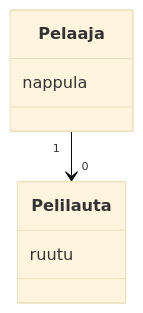
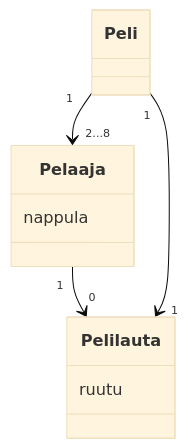
The diagram in laskarit/viikko3/monopoli1.md (Aaltonenn/ot-harjoitustyo), drawn with Mermaid (base theme) before and after one commit.

````diff
--- a/laskarit/viikko3/monopoli1.md
+++ b/laskarit/viikko3/monopoli1.md
@@ -3,10 +3,15 @@
 ```mermaid
  classDiagram
       Pelaaja "1" --> "0" Pelilauta
+      Peli "1" --> "2...8" Pelaaja
+      Peli "1" --> "1" Pelilauta
+
       class Pelaaja{
           nappula
       }
       class Pelilauta{
           ruutu
       }
+      class Peli{
+      }
 ```
````
